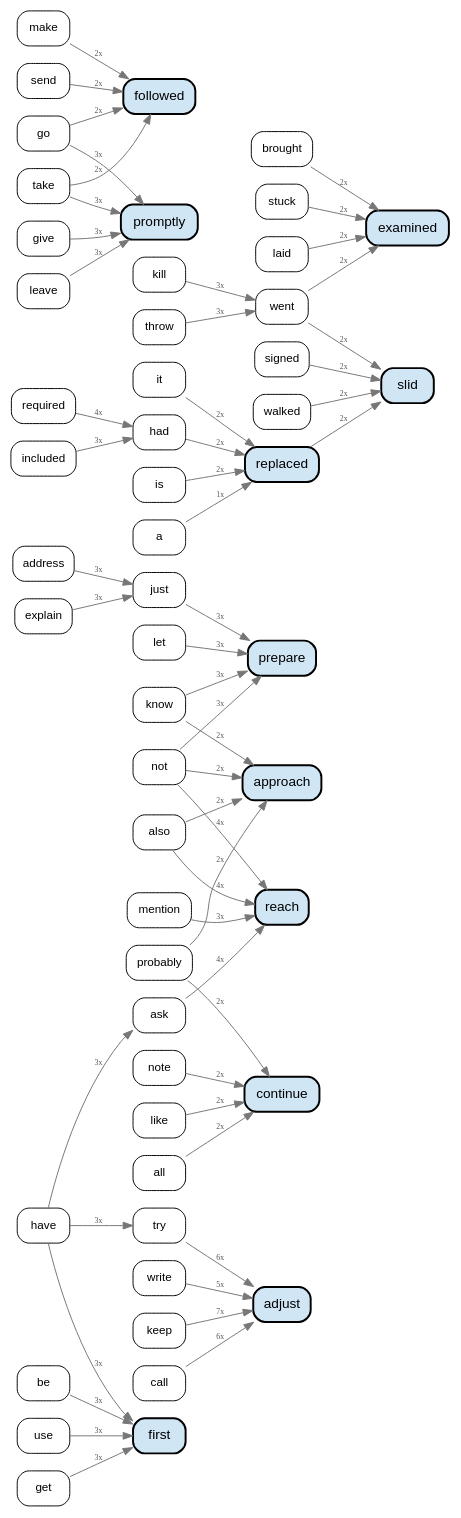
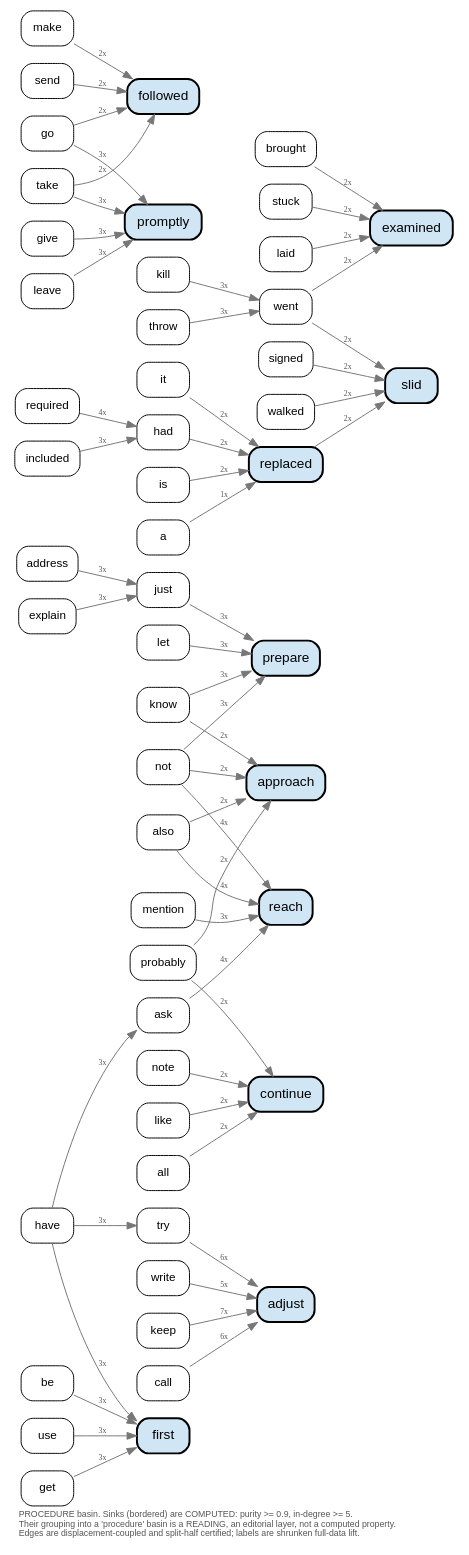
One commit to quadrismegistus/malign-logits changed the diagram in meta/M01_displacement/figures/displacement_basin_procedure.dot. Above: the diagram before and after it, drawn with Graphviz. The commit also changed 12 other files, not shown here.

```diff
--- a/meta/M01_displacement/figures/displacement_basin_procedure.dot
+++ b/meta/M01_displacement/figures/displacement_basin_procedure.dot
@@ -1,71 +1,74 @@
 // procedure basin watershed — sinks (computed: purity>=0.9,
 // in>=5) + top-6 feeders each + top-2 second-hop feeders.
 // All edges displacement-coupled and split-half certified.
 digraph basin {
   rankdir=LR; node [shape=box, style="rounded,filled",
     fillcolor=white, fontname="Helvetica", fontsize=12];
   edge [fontsize=8, color="#777777", fontcolor="#555555"];
+  labelloc="b"; labeljust="l"; fontname="Helvetica"; fontsize=9;
+  fontcolor="#555555";
+  label="PROCEDURE basin. Sinks (bordered) are COMPUTED: purity >= 0.9, in-degree >= 5.\lTheir grouping into a 'procedure' basin is a READING, an editorial layer, not a computed property.\lEdges are displacement-coupled and split-half certified; labels are shrunken full-data lift.\l";
   "reach" [fillcolor="#d0e6f5", penwidth=2, fontsize=14];
   "prepare" [fillcolor="#d0e6f5", penwidth=2, fontsize=14];
   "adjust" [fillcolor="#d0e6f5", penwidth=2, fontsize=14];
   "continue" [fillcolor="#d0e6f5", penwidth=2, fontsize=14];
   "approach" [fillcolor="#d0e6f5", penwidth=2, fontsize=14];
   "examined" [fillcolor="#d0e6f5", penwidth=2, fontsize=14];
   "followed" [fillcolor="#d0e6f5", penwidth=2, fontsize=14];
   "replaced" [fillcolor="#d0e6f5", penwidth=2, fontsize=14];
   "slid" [fillcolor="#d0e6f5", penwidth=2, fontsize=14];
   "promptly" [fillcolor="#d0e6f5", penwidth=2, fontsize=14];
   "first" [fillcolor="#d0e6f5", penwidth=2, fontsize=14];
   "keep" -> "adjust" [label="7x"];
   "try" -> "adjust" [label="6x"];
   "call" -> "adjust" [label="6x"];
   "write" -> "adjust" [label="5x"];
   "not" -> "reach" [label="4x"];
   "ask" -> "reach" [label="4x"];
   "also" -> "reach" [label="4x"];
   "mention" -> "reach" [label="3x"];
   "leave" -> "promptly" [label="3x"];
   "go" -> "promptly" [label="3x"];
   "know" -> "prepare" [label="3x"];
   "take" -> "promptly" [label="3x"];
   "be" -> "first" [label="3x"];
   "use" -> "first" [label="3x"];
   "have" -> "first" [label="3x"];
   "get" -> "first" [label="3x"];
   "let" -> "prepare" [label="3x"];
   "just" -> "prepare" [label="3x"];
   "not" -> "prepare" [label="3x"];
   "give" -> "promptly" [label="3x"];
   "know" -> "approach" [label="2x"];
   "probably" -> "approach" [label="2x"];
   "probably" -> "continue" [label="2x"];
   "not" -> "approach" [label="2x"];
   "go" -> "followed" [label="2x"];
   "also" -> "approach" [label="2x"];
   "take" -> "followed" [label="2x"];
   "brought" -> "examined" [label="2x"];
   "make" -> "followed" [label="2x"];
   "send" -> "followed" [label="2x"];
   "note" -> "continue" [label="2x"];
   "stuck" -> "examined" [label="2x"];
   "laid" -> "examined" [label="2x"];
   "like" -> "continue" [label="2x"];
   "went" -> "examined" [label="2x"];
   "it" -> "replaced" [label="2x"];
   "signed" -> "slid" [label="2x"];
   "all" -> "continue" [label="2x"];
   "replaced" -> "slid" [label="2x"];
   "had" -> "replaced" [label="2x"];
   "walked" -> "slid" [label="2x"];
   "went" -> "slid" [label="2x"];
   "is" -> "replaced" [label="2x"];
   "a" -> "replaced" [label="1x"];
   "required" -> "had" [label="4x"];
   "have" -> "try" [label="3x"];
   "included" -> "had" [label="3x"];
   "address" -> "just" [label="3x"];
   "explain" -> "just" [label="3x"];
   "have" -> "ask" [label="3x"];
   "kill" -> "went" [label="3x"];
   "throw" -> "went" [label="3x"];
 }
```
